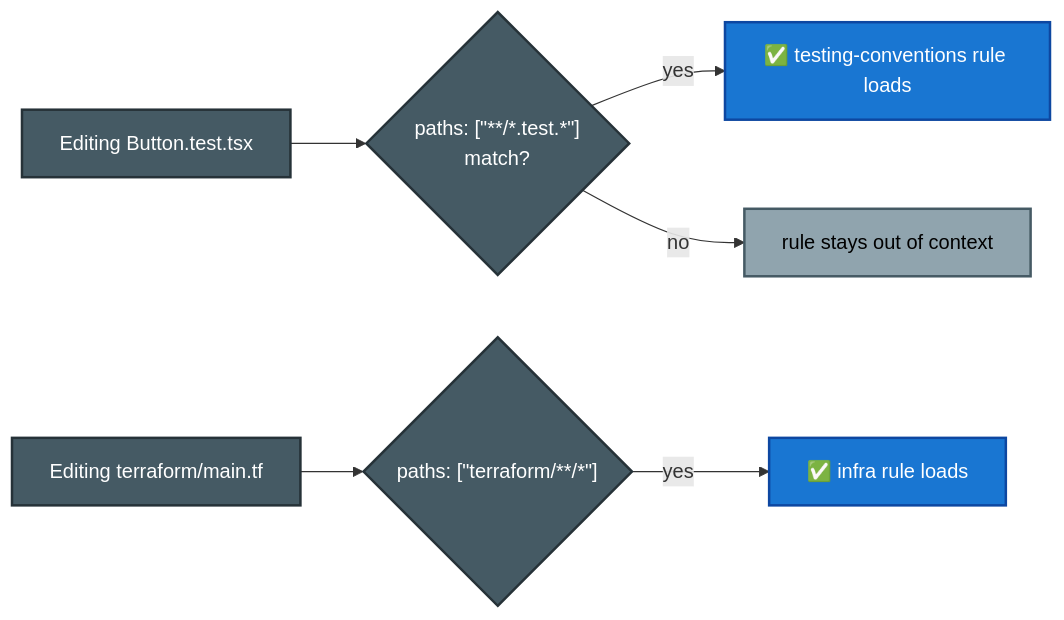
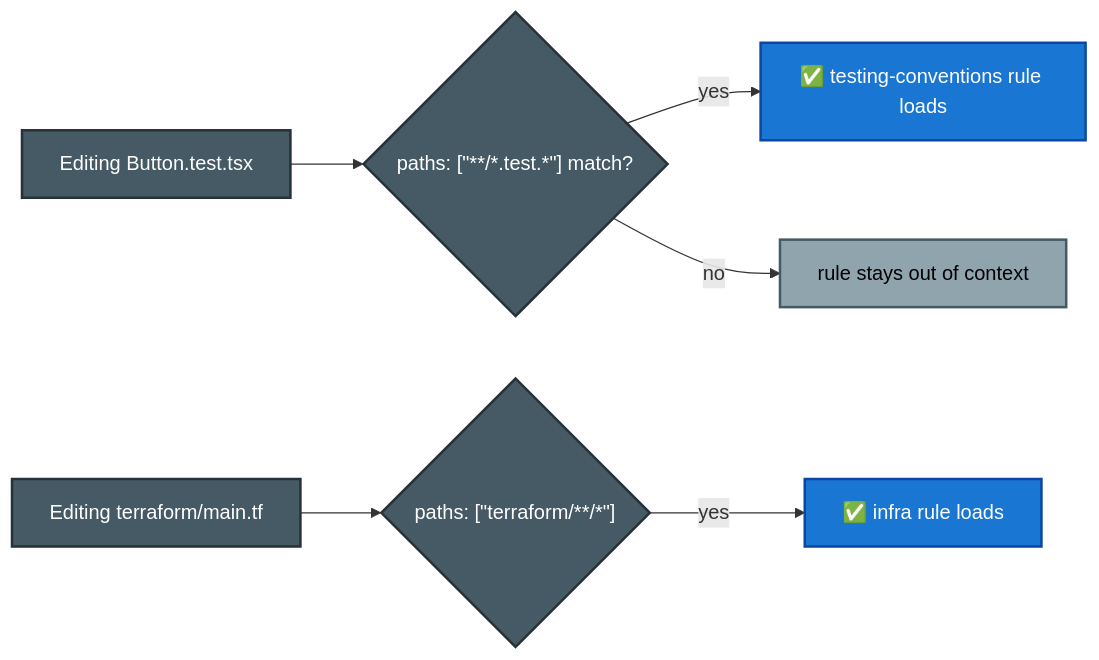
Before and after one commit to parmar-m/claude-architect-certification-prep: the second of 12 diagrams in CCA-F/domains/d3-claude-code.md, drawn with Mermaid. The commit also changed other lines of this file and 25 other files, not shown here.

````diff
--- a/CCA-F/domains/d3-claude-code.md
+++ b/CCA-F/domains/d3-claude-code.md
@@ -118,14 +118,14 @@
 ```mermaid
 flowchart LR
-    F["Editing Button.test.tsx"] --> MATCH{"paths: [&quot;**/*.test.*&quot;]<br/>match?"}
+    F["Editing Button.test.tsx"] --> MATCH{"paths: [&quot;**/*.test.*&quot;] match?"}
     MATCH -- yes --> LOAD["✅ testing-conventions rule loads"]
     MATCH -- no --> SKIP["rule stays out of context"]
     T["Editing terraform/main.tf"] --> MATCH2{"paths: [&quot;terraform/**/*&quot;]"}
     MATCH2 -- yes --> LOAD2["✅ infra rule loads"]
     classDef ok fill:#1976D2,color:#fff,stroke:#0D47A1,stroke-width:2px
     classDef no fill:#90A4AE,color:#000,stroke:#455A64,stroke-width:2px
     classDef q fill:#455A64,color:#fff,stroke:#263238,stroke-width:2px
     class LOAD,LOAD2 ok
     class SKIP no
     class F,T,MATCH,MATCH2 q
 ```
````
